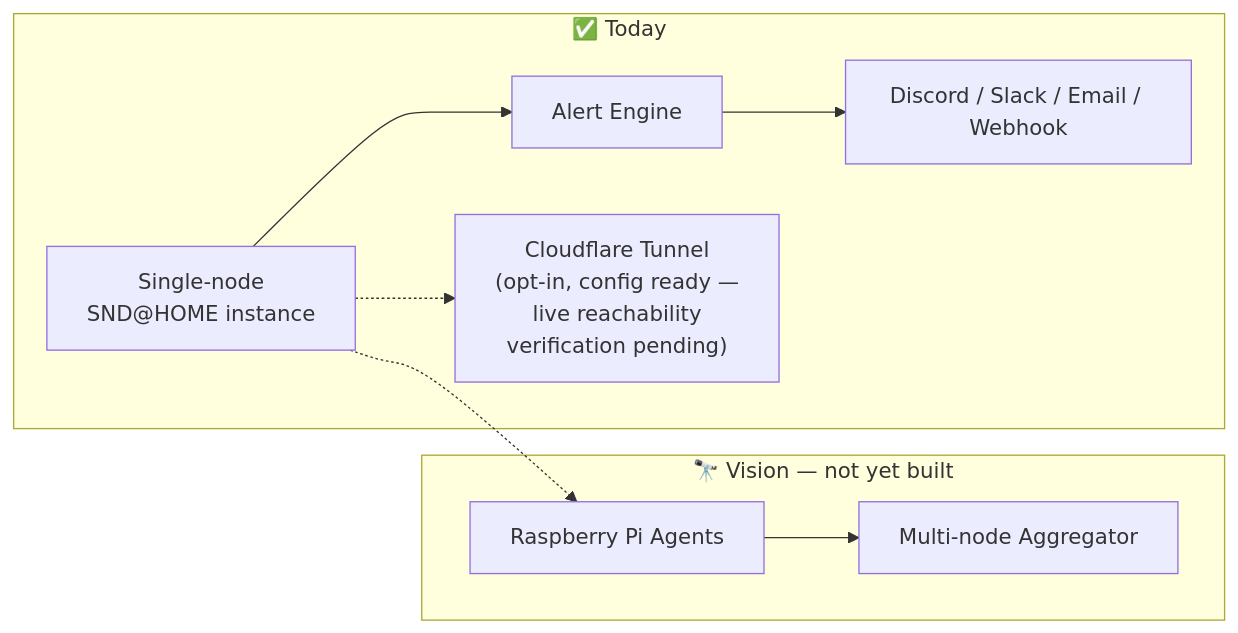
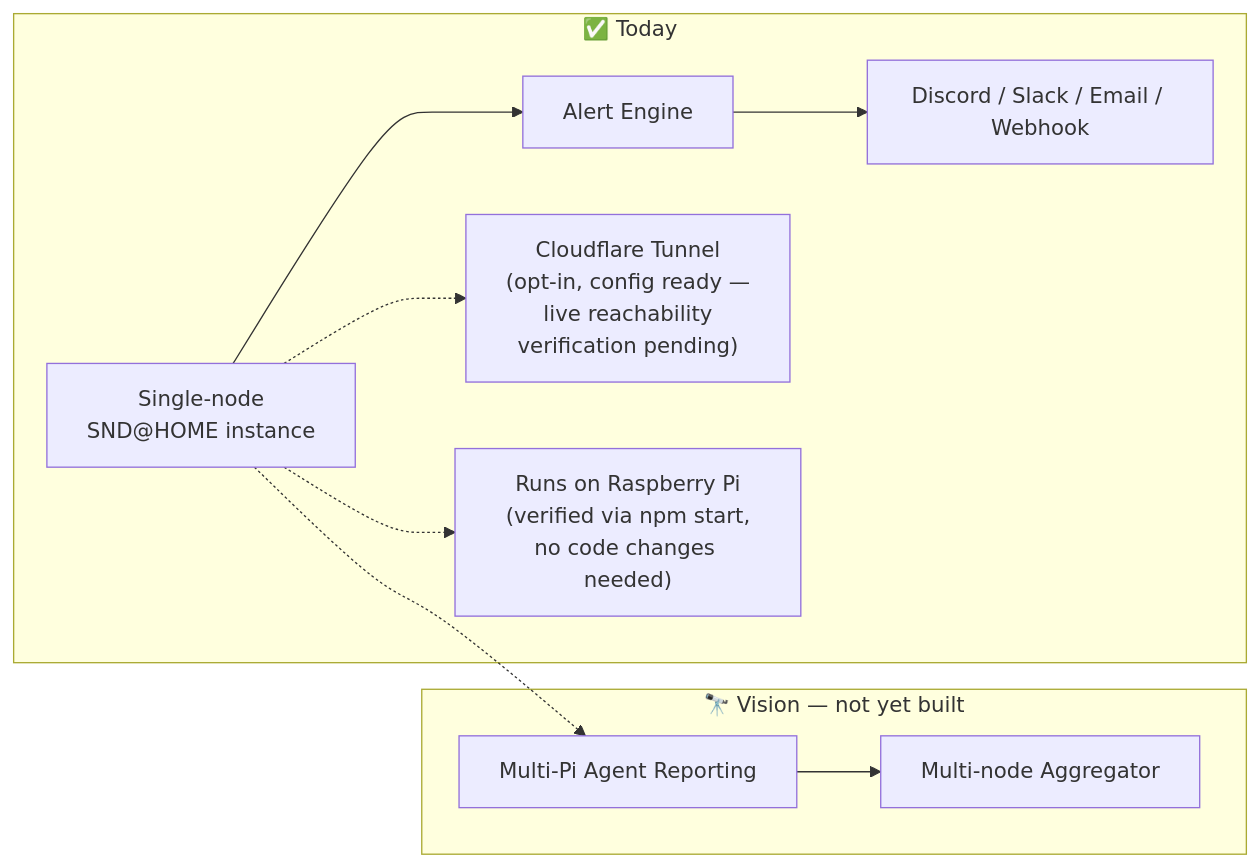
Before and after one commit to noobdna/SND_HOME: the second of 2 diagrams in README.md, drawn with Mermaid. The commit also changed other lines of this file and 1 other file, not shown here.

First line of the commit message:
docs: verify Raspberry Pi agent support on real hardware

````diff
--- a/README.md
+++ b/README.md
@@ -139,18 +139,20 @@
 ```mermaid
 graph LR
     subgraph Today["✅ Today"]
         A["Single-node<br/>SND@HOME instance"]
         B["Alert Engine"]
         C["Discord / Slack / Email / Webhook"]
         F["Cloudflare Tunnel<br/>(opt-in, config ready —<br/>live reachability<br/>verification pending)"]
+        G["Runs on Raspberry Pi<br/>(verified via npm start,<br/>no code changes needed)"]
     end
 
     subgraph Vision["🔭 Vision — not yet built"]
-        D["Raspberry Pi Agents"]
+        D["Multi-Pi Agent Reporting"]
         E["Multi-node Aggregator"]
     end
 
     A --> B --> C
     A -.-> F
+    A -.-> G
     A -.-> D --> E
 ```
````
